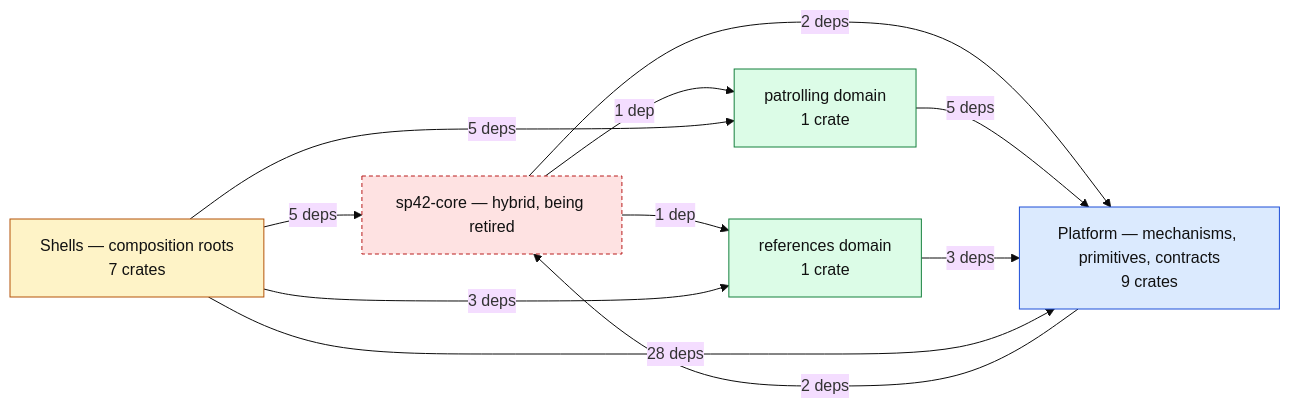
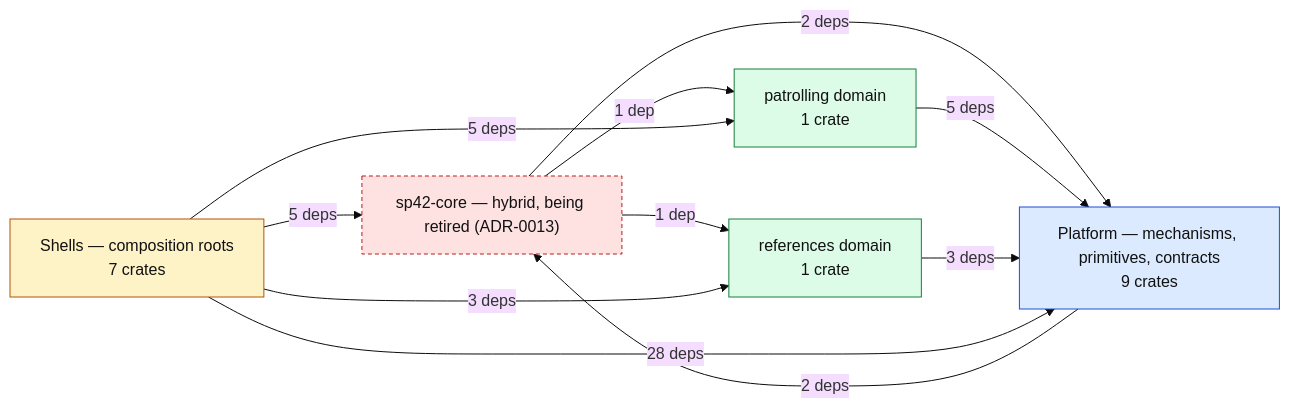
One commit to schiste/SP42 changed the first of 2 diagrams in docs/platform/architecture.md. Above: the diagram before and after it, drawn with Mermaid (base theme). The commit also changed other lines of this file and 1 other file, not shown here.

````diff
--- a/docs/platform/architecture.md
+++ b/docs/platform/architecture.md
@@ -21,22 +21,22 @@
 ```mermaid
 flowchart LR
   G_shell["Shells — composition roots<br/>7 crates"]:::shell
   G_patrolling["patrolling domain<br/>1 crate"]:::domain
   G_references["references domain<br/>1 crate"]:::domain
-  G_hybrid["sp42-core — hybrid, being retired"]:::hybrid
+  G_hybrid["sp42-core — hybrid, being retired (ADR-0013)"]:::hybrid
   G_platform["Platform — mechanisms, primitives, contracts<br/>9 crates"]:::platform
   G_hybrid -->|1 dep| G_patrolling
   G_hybrid -->|2 deps| G_platform
   G_hybrid -->|1 dep| G_references
   G_patrolling -->|5 deps| G_platform
   G_platform -->|2 deps| G_hybrid
   G_references -->|3 deps| G_platform
   G_shell -->|5 deps| G_hybrid
   G_shell -->|5 deps| G_patrolling
   G_shell -->|28 deps| G_platform
   G_shell -->|3 deps| G_references
   classDef shell fill:#fef3c7,stroke:#b45309,color:#111
   classDef domain fill:#dcfce7,stroke:#15803d,color:#111
   classDef platform fill:#dbeafe,stroke:#1d4ed8,color:#111
   classDef hybrid fill:#fee2e2,stroke:#b91c1c,color:#111,stroke-dasharray: 4 3
 ```
````
